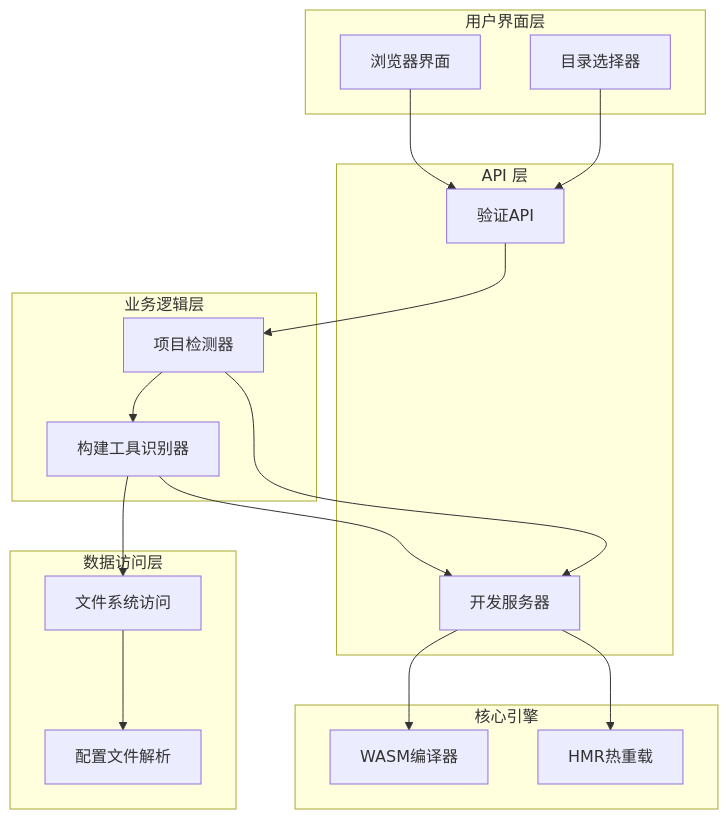
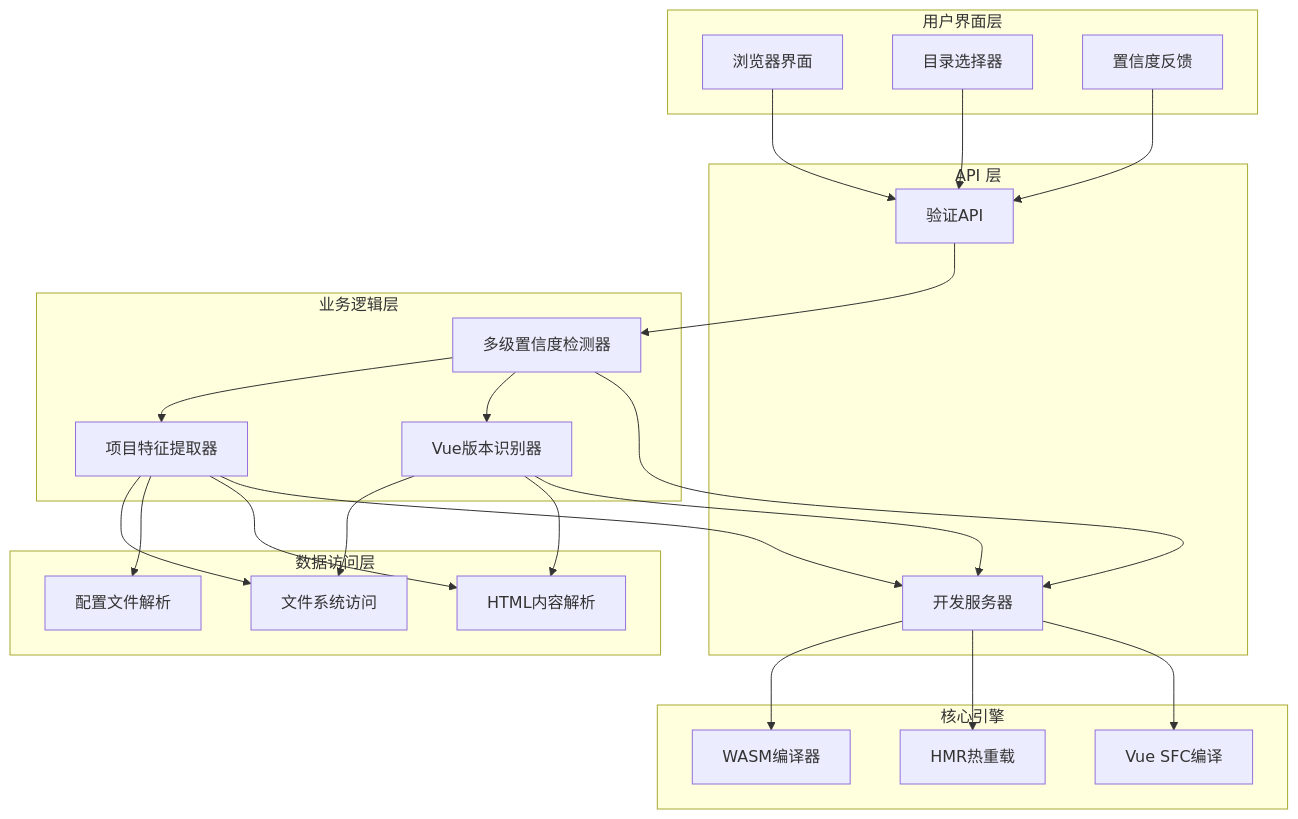
One commit to itszzl-sudo/iris changed the third of 12 diagrams in .qoder/repowiki/zh/content/核心功能特性/Vue项目检测功能指南.md. Above: the diagram before and after it, drawn with Mermaid. The commit also changed other lines of this file and 5 other files, not shown here.

````diff
--- a/.qoder/repowiki/zh/content/核心功能特性/Vue项目检测功能指南.md
+++ b/.qoder/repowiki/zh/content/核心功能特性/Vue项目检测功能指南.md
@@ -119,33 +143,44 @@
 ```mermaid
 graph TB
 subgraph "用户界面层"
 A[浏览器界面]
 B[目录选择器]
+C[置信度反馈]
 end
 subgraph "API 层"
-C[验证API]
-D[开发服务器]
+D[验证API]
+E[开发服务器]
 end
 subgraph "业务逻辑层"
-E[项目检测器]
-F[构建工具识别器]
+F[多级置信度检测器]
+G[项目特征提取器]
+H[Vue版本识别器]
 end
 subgraph "数据访问层"
-G[文件系统访问]
-H[配置文件解析]
+I[文件系统访问]
+J[配置文件解析]
+K[HTML内容解析]
 end
 subgraph "核心引擎"
-I[WASM编译器]
-J[HMR热重载]
+L[WASM编译器]
+M[HMR热重载]
+N[Vue SFC编译]
 end
-A --> C
-B --> C
-C --> E
-E --> F
+A --> D
+B --> D
+C --> D
+D --> F
 F --> G
-G --> H
-D --> I
-D --> J
-E --> D
-F --> D
+F --> H
+G --> I
+G --> J
+G --> K
+H --> I
+H --> K
+E --> L
+E --> M
+E --> N
+F --> E
+G --> E
+H --> E
 ```
````
